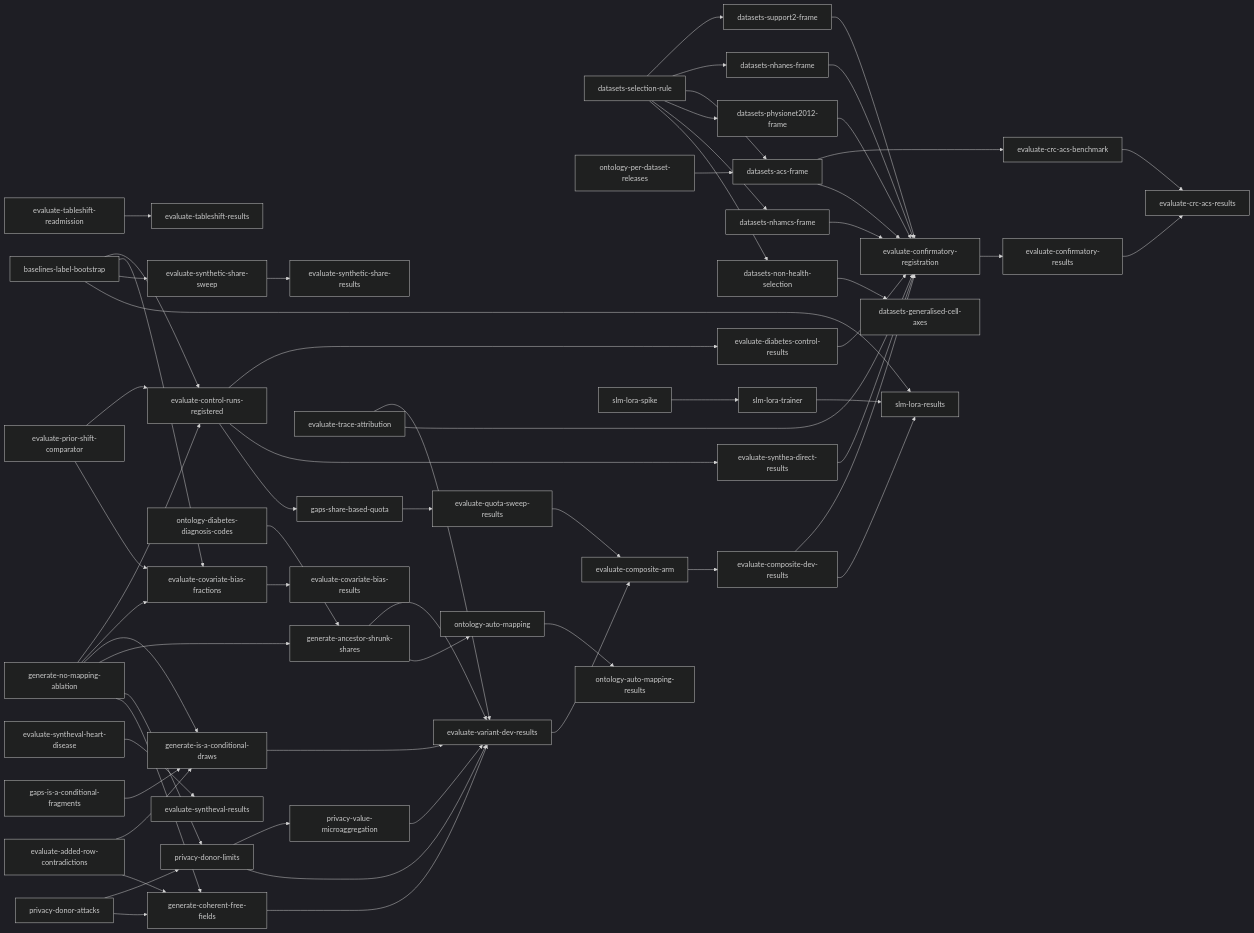
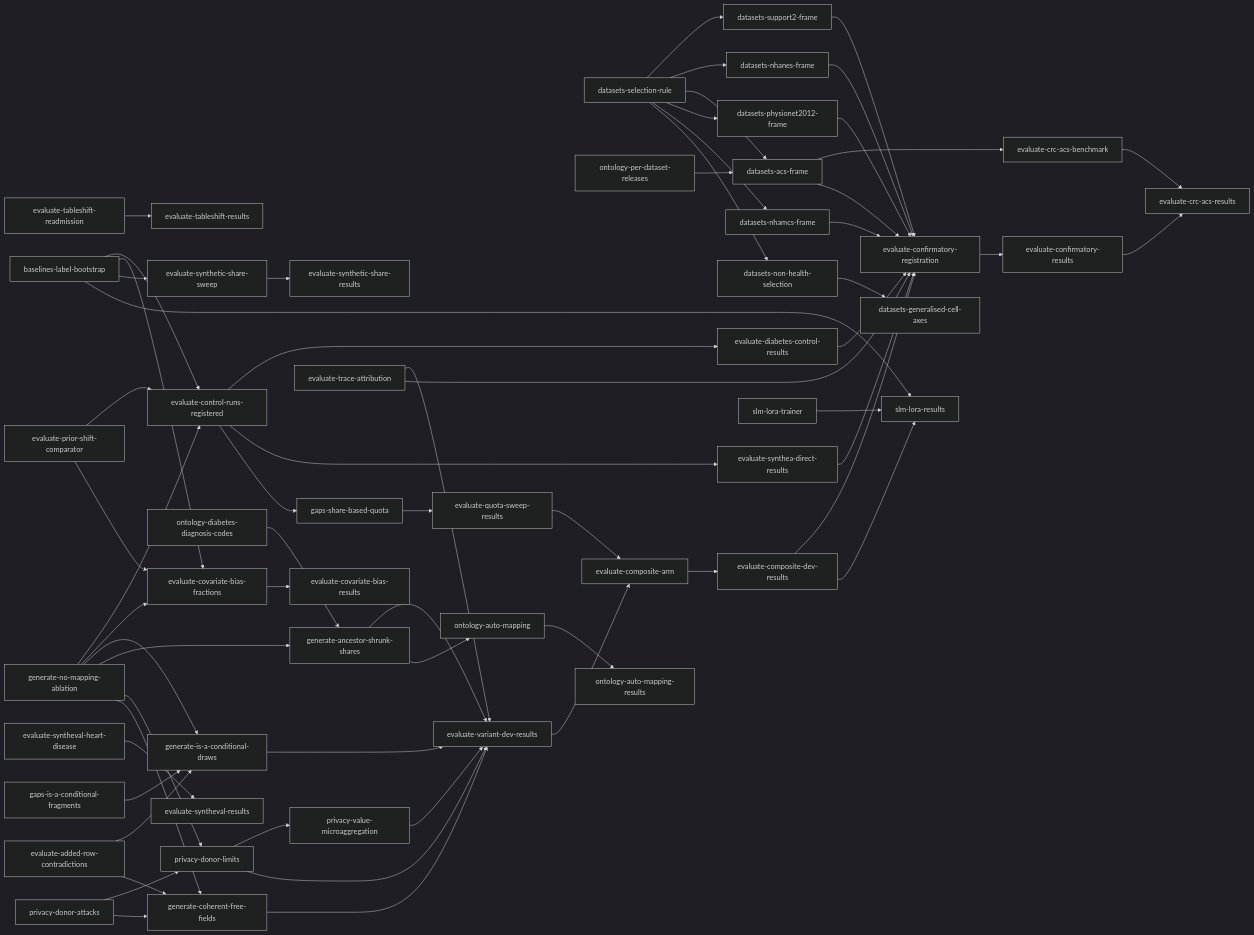
Before and after one commit to joe-dartmouth/synthetic: the diagram in tasks/direct-index.md, drawn with Mermaid (dark theme). The commit also changed other lines of this file and 3 other files, not shown here.

````diff
--- a/tasks/direct-index.md
+++ b/tasks/direct-index.md
@@ -88,65 +87,64 @@
 ```mermaid
 flowchart LR
     u3[generate-no-mapping-ablation] --> u6[evaluate-control-runs-registered]
     u3 --> u37[evaluate-covariate-bias-fractions]
     u4[baselines-label-bootstrap] --> u6
     u4 --> u37
     u5[evaluate-prior-shift-comparator] --> u6
     u5 --> u37
     u37 --> u38[evaluate-covariate-bias-results]
     u39[evaluate-tableshift-readmission] --> u40[evaluate-tableshift-results]
     u6 --> u7[evaluate-diabetes-control-results]
     u6 --> u8[evaluate-synthea-direct-results]
     u3 --> u11[generate-is-a-conditional-draws]
     u10[gaps-is-a-conditional-fragments] --> u11
     u9[evaluate-added-row-contradictions] --> u11
     u3 --> u13[generate-ancestor-shrunk-shares]
     u12[ontology-diabetes-diagnosis-codes] --> u13
     u3 --> u15[privacy-donor-limits]
     u14[privacy-donor-attacks] --> u15
     u15 --> u16[privacy-value-microaggregation]
     u3 --> u17[generate-coherent-free-fields]
     u9 --> u17
     u14 --> u17
     u11 --> u19[evaluate-variant-dev-results]
     u13 --> u19
     u15 --> u19
     u16 --> u19
     u17 --> u19
     u18[evaluate-trace-attribution] --> u19
     u6 --> u20[gaps-share-based-quota]
     u20 --> u21[evaluate-quota-sweep-results]
     u23[datasets-selection-rule] --> u25[datasets-support2-frame]
     u23 --> u26[datasets-nhanes-frame]
     u23 --> u27[datasets-acs-frame]
     u24[ontology-per-dataset-releases] --> u27
     u27 --> u41[evaluate-crc-acs-benchmark]
     u23 --> u47[datasets-physionet2012-frame]
     u23 --> u48[datasets-nhamcs-frame]
     u23 --> u49[datasets-non-health-selection]
     u49 --> u50[datasets-generalised-cell-axes]
     u43[evaluate-syntheval-heart-disease] --> u44[evaluate-syntheval-results]
     u19 --> u28[evaluate-composite-arm]
     u21 --> u28
     u28 --> u29[evaluate-composite-dev-results]
     u7 --> u30[evaluate-confirmatory-registration]
     u8 --> u30
     u18 --> u30
     u4 --> u45[evaluate-synthetic-share-sweep]
     u45 --> u46[evaluate-synthetic-share-results]
     u25 --> u30
     u26 --> u30
     u27 --> u30
     u47 --> u30
     u48 --> u30
     u29 --> u30
     u30 --> u31[evaluate-confirmatory-results]
     u41 --> u42[evaluate-crc-acs-results]
     u31 --> u42
     u13 --> u32[ontology-auto-mapping]
     u32 --> u33[ontology-auto-mapping-results]
-    u34[slm-lora-spike] --> u35[slm-lora-trainer]
     u29 --> u36[slm-lora-results]
-    u35 --> u36
+    u35[slm-lora-trainer] --> u36
     u4 --> u36
 ```
````
